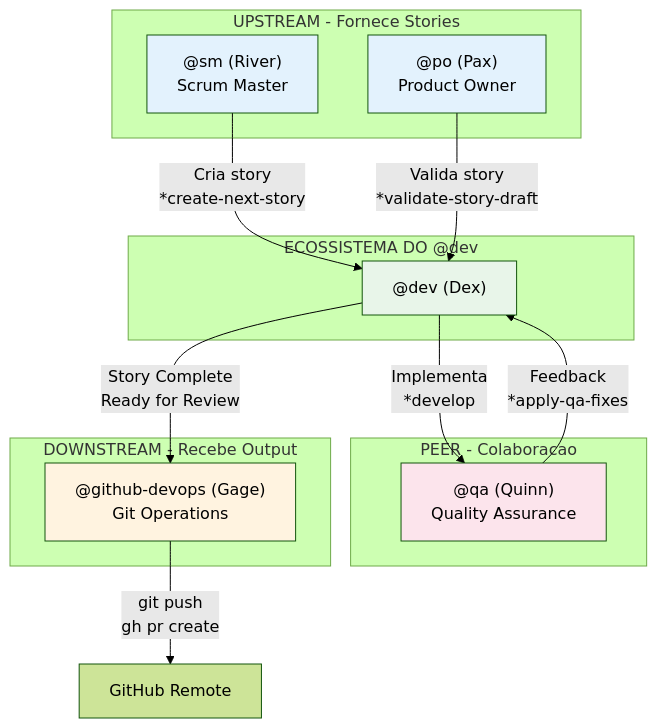
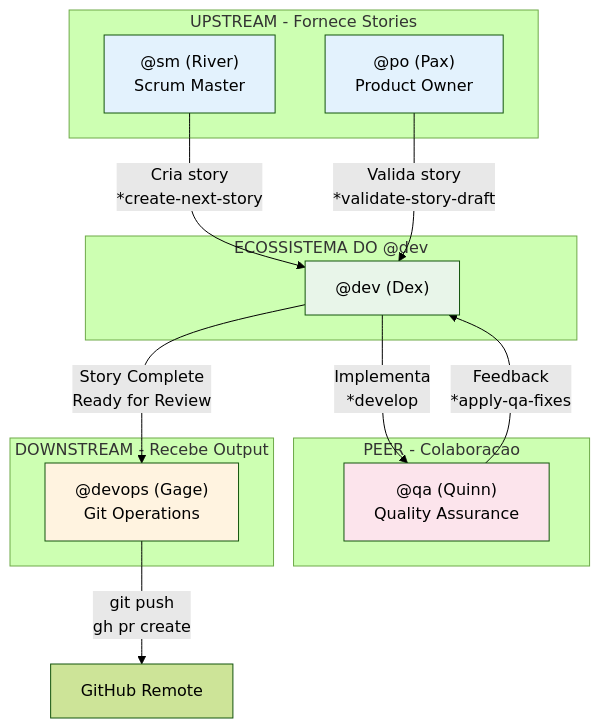
The fourth of 4 diagrams in docs/guides/agents/DEV-SYSTEM.md (gigio-cangini-mentor/sei-la), drawn with Mermaid (forest theme) before and after one commit. The commit also changed other lines of this file and 79 other files, not shown here.

````diff
--- a/docs/guides/agents/DEV-SYSTEM.md
+++ b/docs/guides/agents/DEV-SYSTEM.md
@@ -304,34 +304,34 @@
 ```mermaid
 flowchart TB
     subgraph DEV_ECOSYSTEM["ECOSSISTEMA DO @dev"]
         DEV["@dev (Dex)"]
     end
 
     subgraph UPSTREAM["UPSTREAM - Fornece Stories"]
         SM["@sm (River)<br/>Scrum Master"]
         PO["@po (Pax)<br/>Product Owner"]
     end
 
     subgraph PEER["PEER - Colaboracao"]
         QA["@qa (Quinn)<br/>Quality Assurance"]
     end
 
     subgraph DOWNSTREAM["DOWNSTREAM - Recebe Output"]
-        GHDEVOPS["@github-devops (Gage)<br/>Git Operations"]
+        GHDEVOPS["@devops (Gage)<br/>Git Operations"]
     end
 
     SM -->|"Cria story<br/>*create-next-story"| DEV
     PO -->|"Valida story<br/>*validate-story-draft"| DEV
 
     DEV -->|"Implementa<br/>*develop"| QA
     QA -->|"Feedback<br/>*apply-qa-fixes"| DEV
 
     DEV -->|"Story Complete<br/>Ready for Review"| GHDEVOPS
     GHDEVOPS -->|"git push<br/>gh pr create"| REMOTE["GitHub Remote"]
 
     style DEV fill:#e8f5e9
     style SM fill:#e3f2fd
     style PO fill:#e3f2fd
     style QA fill:#fce4ec
     style GHDEVOPS fill:#fff3e0
 ```
````
